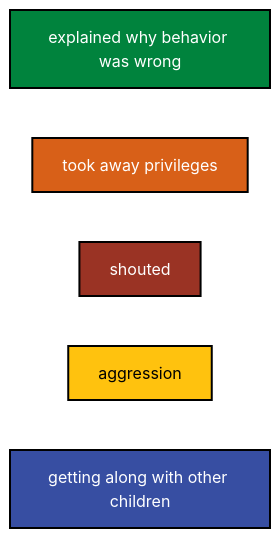
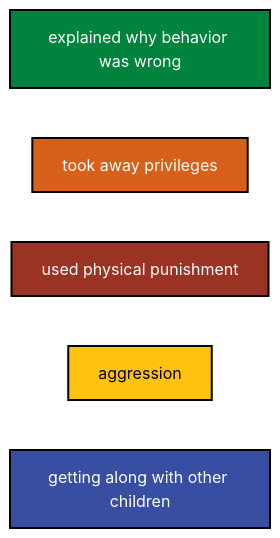
Before and after one commit to agrogan1/closeread: the diagram in global-perspectives/diagram.md, drawn with Mermaid.

````diff
--- a/global-perspectives/diagram.md
+++ b/global-perspectives/diagram.md
@@ -1,24 +1,24 @@
   ```mermaid
 flowchart LR
 
   classDef yellow fill:#FFC20E,stroke:#000000,stroke-width:2px,color:#000000;
   
   classDef blue fill:#374EA2,stroke:#000000,stroke-width:2px,color:#FFFFFF;
   
   classDef green fill:#00833D,stroke:#000000,stroke-width:2px,color:#FFFFFF;
   
   classDef orange fill:#D86018,stroke:#000000,stroke-width:2px,color:#FFFFFF;
   
   classDef red fill:#9A3324,stroke:#000000,stroke-width:2px,color:#FFFFFF;
 
   explained[explained why behavior was wrong]:::green
 
   privileges[took away privileges]:::orange
   
-  shouted:::red
+  CP[used physical punishment]:::red
 
   aggression:::yellow
 
   gettingalong[getting along with other children]:::blue
   
 ```
````
